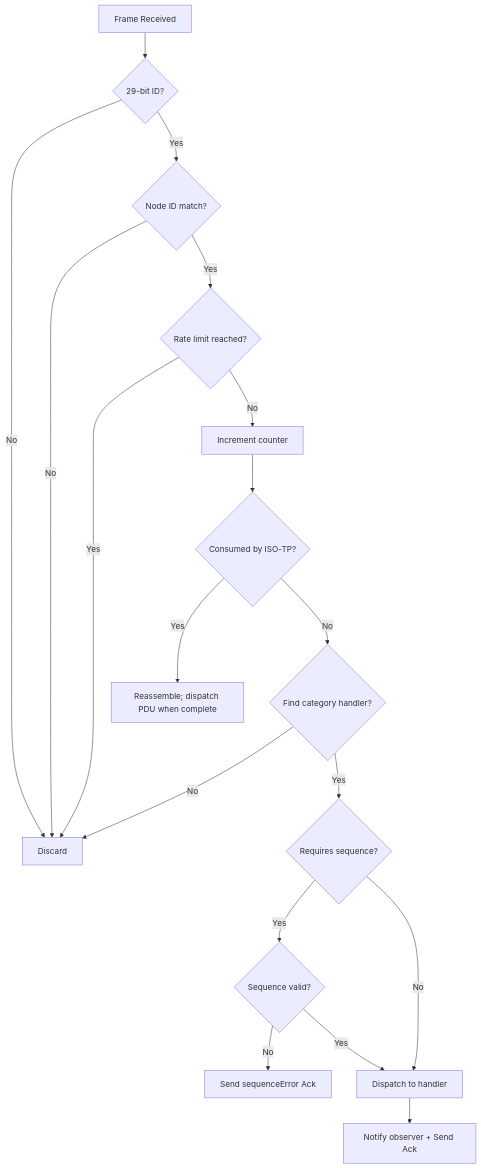
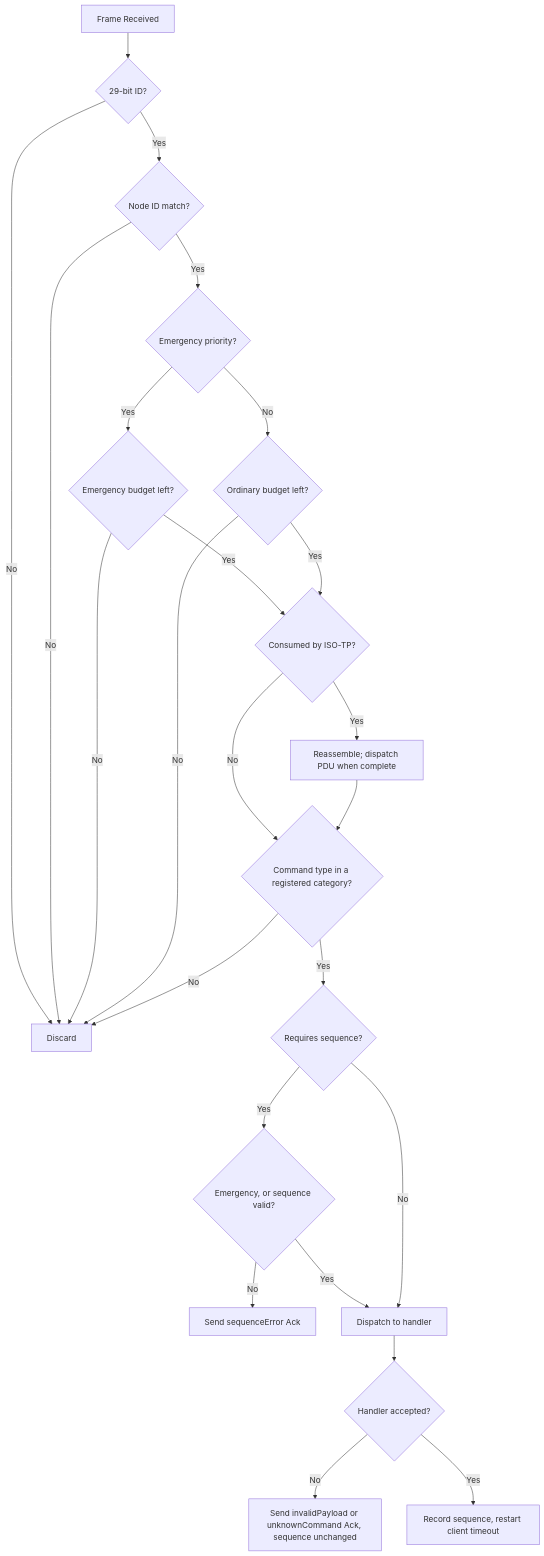
Before and after one commit to embedded-pro/can-lite: the fourth of 5 diagrams in documents/spec/can-protocol.md, drawn with Mermaid. The commit also changed other lines of this file and 49 other files, not shown here.

First line of the commit message:
fix: prioritise the send queue and reserve capacity for emergency frames (#60)

````diff
--- a/documents/spec/can-protocol.md
+++ b/documents/spec/can-protocol.md
@@ -395,20 +430,26 @@
 ```mermaid
 flowchart TD
     A[Frame Received] --> B{29-bit ID?}
     B -- No --> Z[Discard]
     B -- Yes --> C{Node ID match?}
     C -- No --> Z
-    C -- Yes --> D{Rate limit reached?}
-    D -- Yes --> Z
-    D -- No --> E[Increment counter]
-    E --> Y{Consumed by ISO-TP?}
+    C -- Yes --> P{Emergency priority?}
+    P -- Yes --> DE{Emergency budget left?}
+    P -- No --> D{Ordinary budget left?}
+    DE -- No --> Z
+    D -- No --> Z
+    DE -- Yes --> Y{Consumed by ISO-TP?}
+    D -- Yes --> Y
     Y -- Yes --> X[Reassemble; dispatch PDU when complete]
-    Y -- No --> F{Find category handler?}
+    Y -- No --> F{Command type in a registered category?}
+    X --> F
     F -- No --> Z
     F -- Yes --> G{Requires sequence?}
-    G -- Yes --> H{Sequence valid?}
+    G -- Yes --> H{Emergency, or sequence valid?}
     H -- No --> I[Send sequenceError Ack]
     H -- Yes --> J[Dispatch to handler]
     G -- No --> J
-    J --> K[Notify observer + Send Ack]
+    J --> K{Handler accepted?}
+    K -- No --> L[Send invalidPayload or unknownCommand Ack, sequence unchanged]
+    K -- Yes --> M[Record sequence, restart client timeout]
 ```
````
